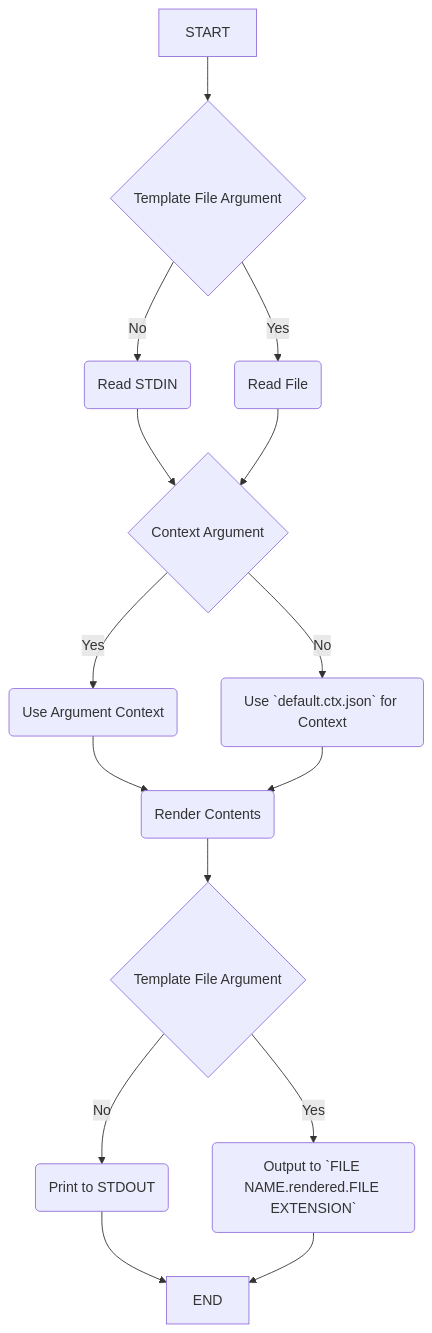
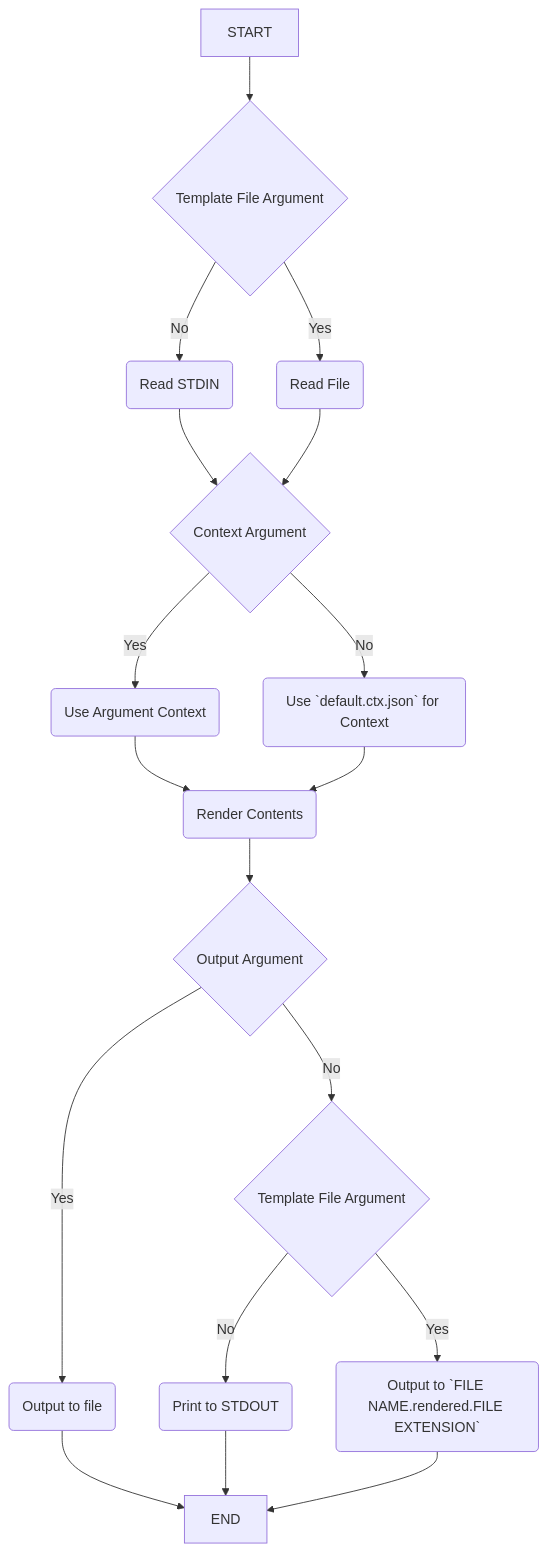
One commit to DK26/rendit changed the diagram in rfcs/00-cli.md. Above: the diagram before and after it, drawn with Mermaid. The commit also changed other lines of this file, not shown here.

Commit message:
Update CLI RFC Flowchart

````diff
--- a/rfcs/00-cli.md
+++ b/rfcs/00-cli.md
@@ -11,22 +11,26 @@
 ```mermaid
 graph TD;
     Z[START]-->A;
     A{Template File Argument};
     A--> |Yes| B(Read File);
     A--> |No| F(Read STDIN);
     F-->C;
     B-->C;
     C{Context Argument};
     C--> |Yes| E(Use Argument Context);
     C--> |No| D(Use `default.ctx.json` for Context);
     E-->G;
     D-->G;
     G(Render Contents);
     G-->H;
-    H{Template File Argument};
-    H-->|Yes|J(Output to `FILE NAME.rendered.FILE EXTENSION`);
-    H-->|No|K(Print to STDOUT);
+    H{Output Argument};
+    H-->|No|L;
+    H-->|Yes|O(Output to file)
+    O-->X;
+    L{Template File Argument};
+    L-->|Yes|J(Output to `FILE NAME.rendered.FILE EXTENSION`);
+    L-->|No|K(Print to STDOUT);
     K-->X;
     J-->X;
     X[END]
 ```  
````
